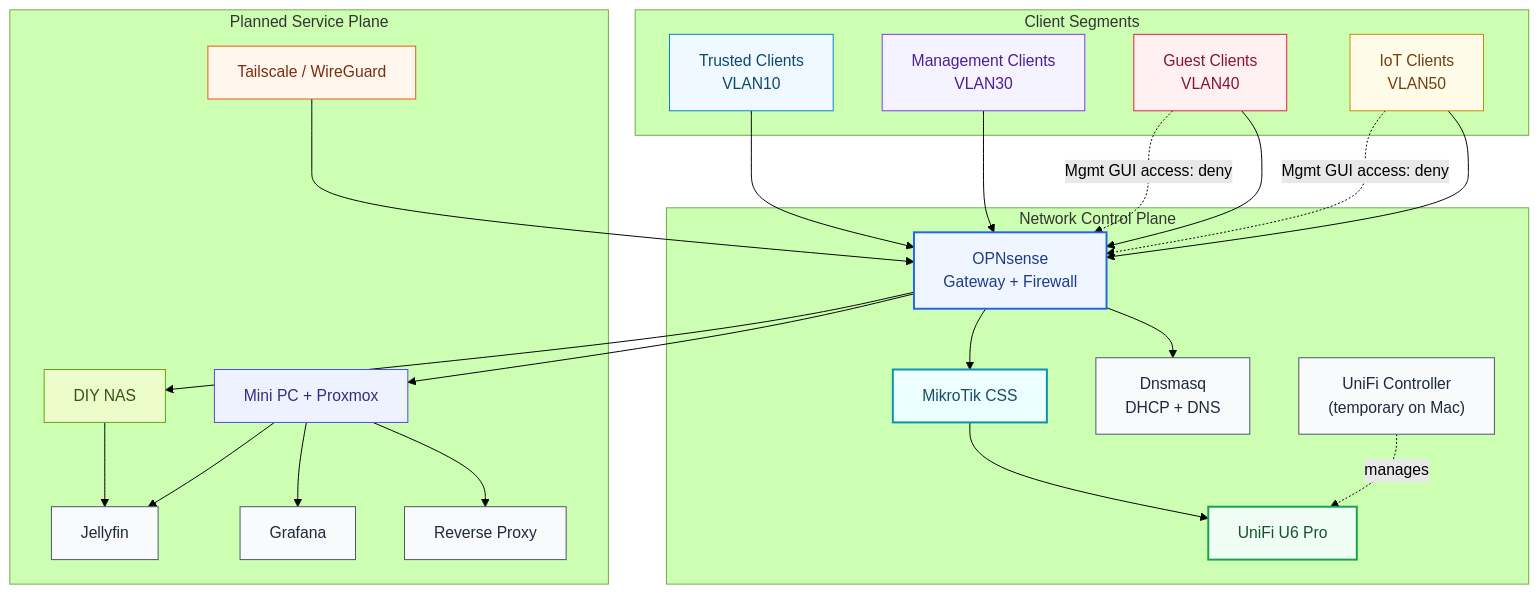
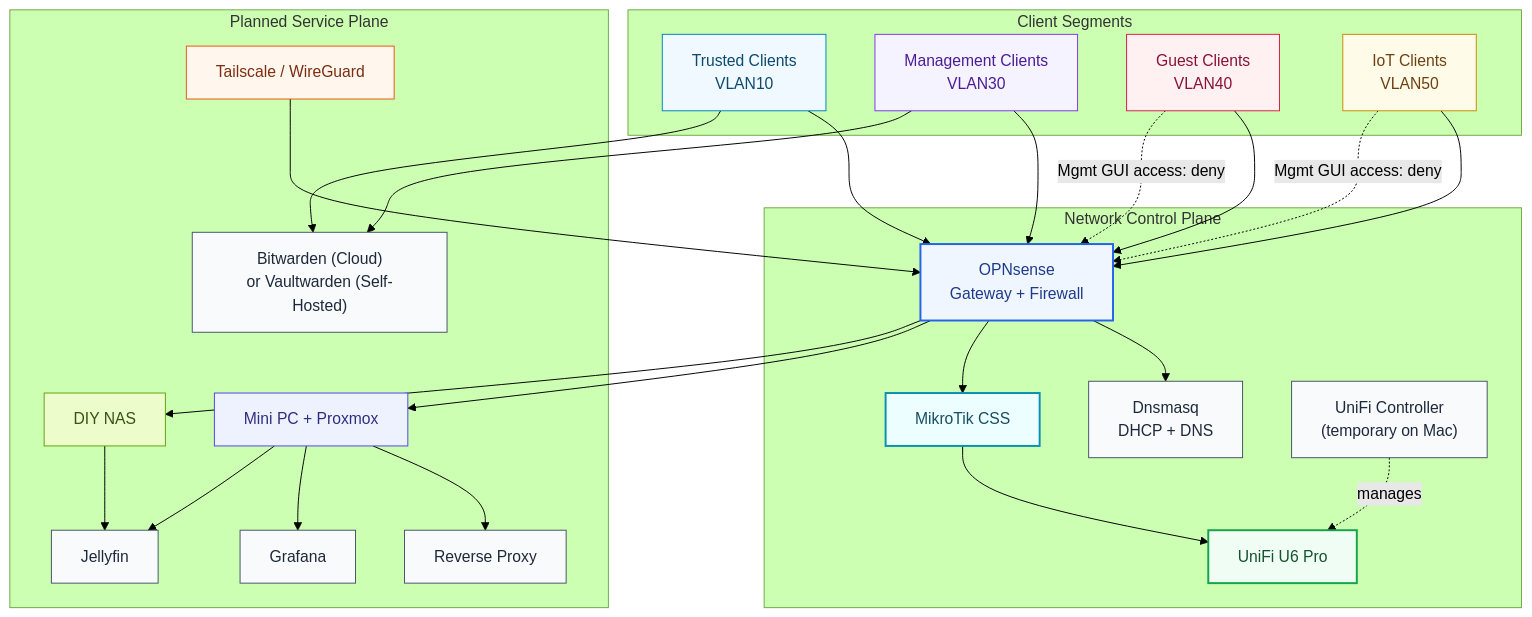
The diagram in docs/topology/service-topology-mermaid.md (DylanMcCavitt/homelab-docs), drawn with Mermaid (forest theme) before and after one commit. The commit also changed other lines of this file and 3 other files, not shown here.

````diff
--- a/docs/topology/service-topology-mermaid.md
+++ b/docs/topology/service-topology-mermaid.md
@@ -9,60 +9,63 @@
 ```mermaid
 flowchart TB
 
   subgraph CLIENTS["Client Segments"]
     C10["Trusted Clients<br/>VLAN10"]:::trusted
     C30["Management Clients<br/>VLAN30"]:::mgmt
     C40["Guest Clients<br/>VLAN40"]:::guest
     C50["IoT Clients<br/>VLAN50"]:::iot
   end
 
   subgraph CTRL["Network Control Plane"]
     FW["OPNsense<br/>Gateway + Firewall"]:::edge
     DNS["Dnsmasq<br/>DHCP + DNS"]:::svc
     SW["MikroTik CSS"]:::core
     AP["UniFi U6 Pro"]:::wireless
     UC["UniFi Controller<br/>(temporary on Mac)"]:::svc
   end
 
   subgraph FUTURE["Planned Service Plane"]
     VPN["Tailscale / WireGuard"]:::vpn
     PX["Mini PC + Proxmox"]:::host
     RP["Reverse Proxy"]:::svc
     GF["Grafana"]:::svc
     JF["Jellyfin"]:::svc
+    BW["Bitwarden (Cloud)<br/>or Vaultwarden (Self-Hosted)"]:::svc
     NAS["DIY NAS"]:::storage
   end
 
   C10 --> FW
   C30 --> FW
   C40 --> FW
   C50 --> FW
 
   FW --> DNS
   FW --> SW
   SW --> AP
   UC -. "manages" .-> AP
 
   VPN --> FW
   FW --> PX
   FW --> NAS
   PX --> RP
   PX --> GF
   PX --> JF
+  C10 --> BW
+  C30 --> BW
   NAS --> JF
 
   C40 -. "Mgmt GUI access: deny" .-> FW
   C50 -. "Mgmt GUI access: deny" .-> FW
 
   classDef edge fill:#eff6ff,stroke:#2563eb,color:#1e3a8a,stroke-width:2px;
   classDef core fill:#ecfeff,stroke:#0891b2,color:#164e63,stroke-width:2px;
   classDef wireless fill:#f0fdf4,stroke:#16a34a,color:#14532d,stroke-width:2px;
   classDef trusted fill:#f0f9ff,stroke:#0284c7,color:#0c4a6e;
   classDef mgmt fill:#f5f3ff,stroke:#7c3aed,color:#4c1d95;
   classDef guest fill:#fff1f2,stroke:#e11d48,color:#881337;
   classDef iot fill:#fefce8,stroke:#ca8a04,color:#713f12;
   classDef svc fill:#f8fafc,stroke:#475569,color:#1e293b;
   classDef host fill:#eef2ff,stroke:#4f46e5,color:#312e81;
   classDef storage fill:#ecfccb,stroke:#65a30d,color:#365314;
   classDef vpn fill:#fff7ed,stroke:#ea580c,color:#7c2d12;
 ```
````
